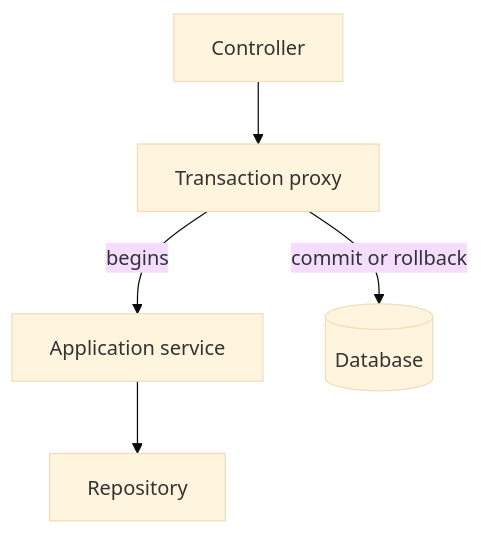
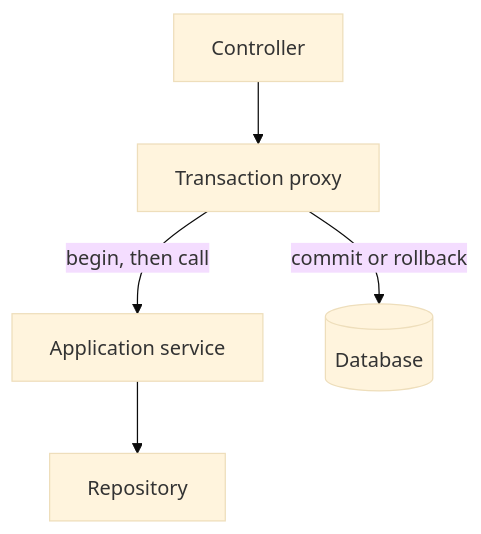
Before and after one commit to Bezugsmolluske/knowledge-base: the diagram in Backend/Spring Boot/Transactions.md, drawn with Mermaid (base theme). The commit also changed other lines of this file and 15 other files, not shown here.

````diff
--- a/Backend/Spring Boot/Transactions.md
+++ b/Backend/Spring Boot/Transactions.md
@@ -33,7 +43,7 @@
 ```mermaid
 graph TD
 C[Controller] --> P[Transaction proxy]
-P -->|begins| S[Application service]
+P -->|"begin, then call"| S[Application service]
 S --> R[Repository]
 P -->|commit or rollback| DB[(Database)]
 ```
````
